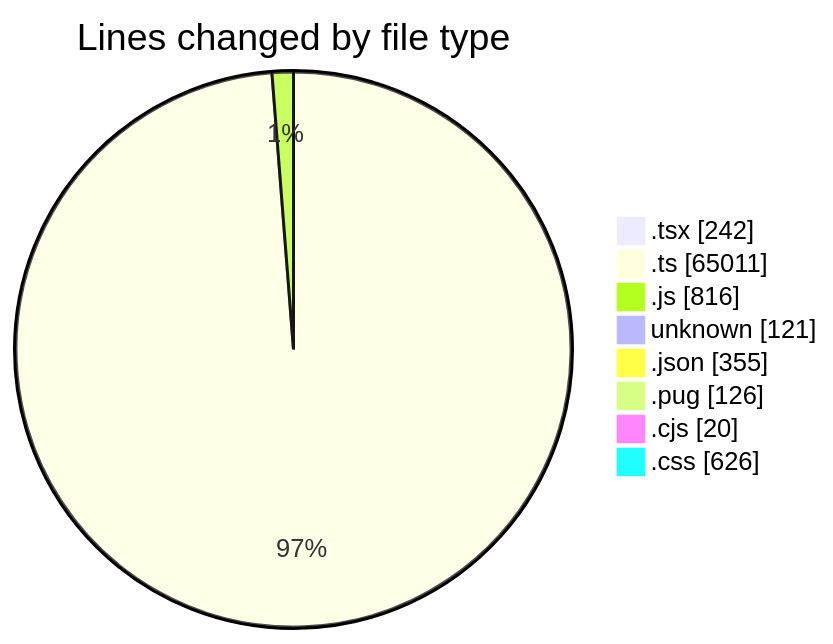
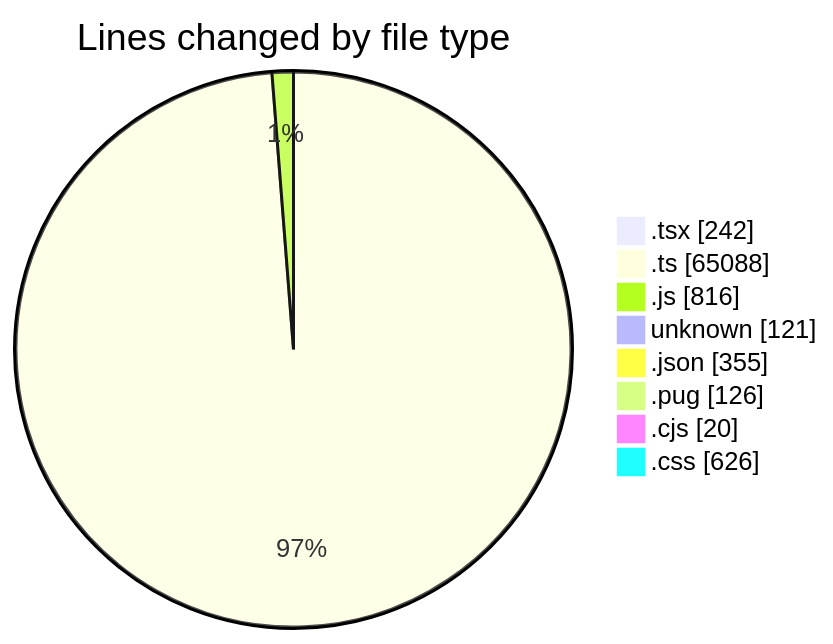
One commit to momahboobian/code-tracking changed the first of 2 diagrams in 2026-06-01/cda/README.md. Above: the diagram before and after it, drawn with Mermaid. The commit also changed other lines of this file and 1 other file, not shown here.

````diff
--- a/2026-06-01/cda/README.md
+++ b/2026-06-01/cda/README.md
@@ -73,12 +73,12 @@
 ```mermaid
 pie showData
 title Lines changed by file type
 ".tsx" : 242
-".ts" : 65011
+".ts" : 65088
 ".js" : 816
 "unknown" : 121
 ".json" : 355
 ".pug" : 126
 ".cjs" : 20
 ".css" : 626
 ```
````
